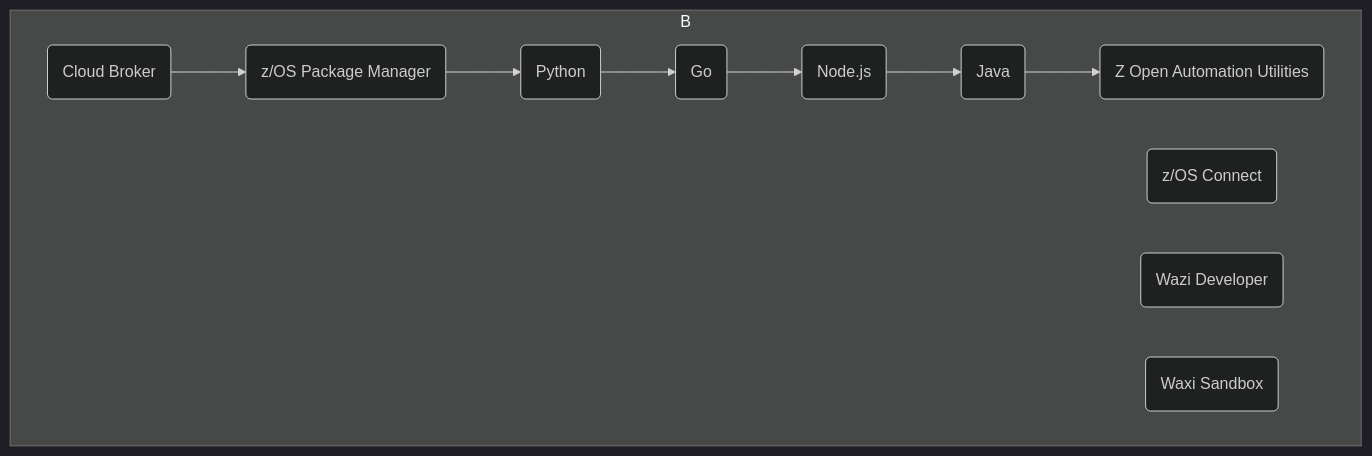
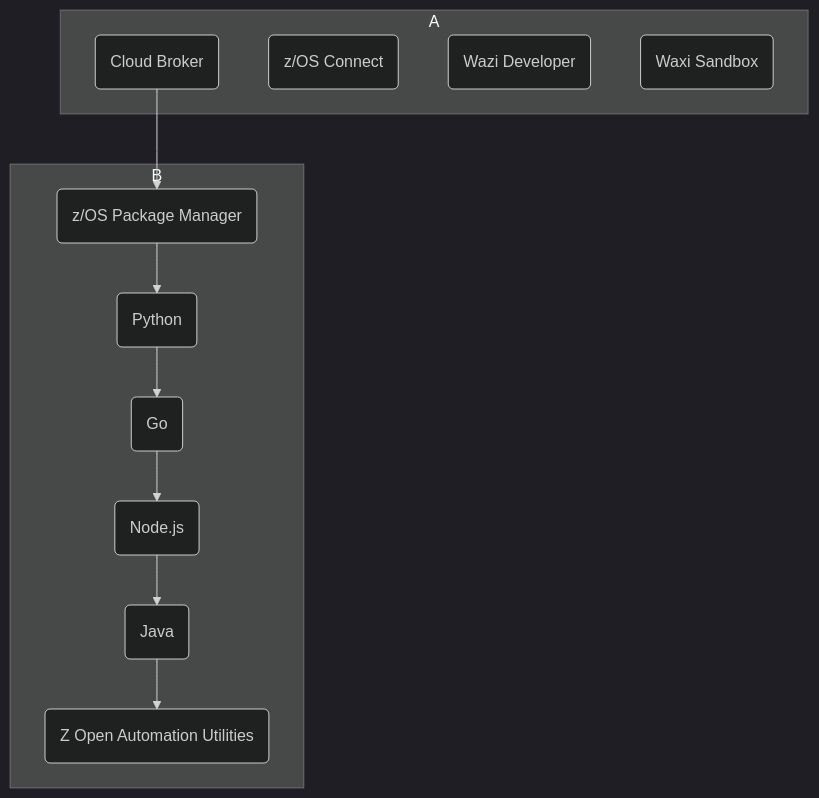
The diagram in my.md (MikeFultonDev/mermexp), drawn with Mermaid (dark theme) before and after one commit.

````diff
--- a/my.md
+++ b/my.md
@@ -1,23 +1,23 @@
 ```mermaid
   graph TD;
-    subgraph B
+    subgraph A
       CB(Cloud Broker)
       zCEE(z/OS Connect)
       Dev(Wazi Developer)
       Sandbox(Waxi Sandbox)
     end
 
     subgraph B
       zpm(z/OS Package Manager)
       python(Python)
       go(Go)
       node(Node.js)
       Java(Java)
       ZOAU(Z Open Automation Utilities)
       
       zpm --> python --> go --> node --> Java --> ZOAU
     end
     
     CB --> zpm
      
 ```
````
